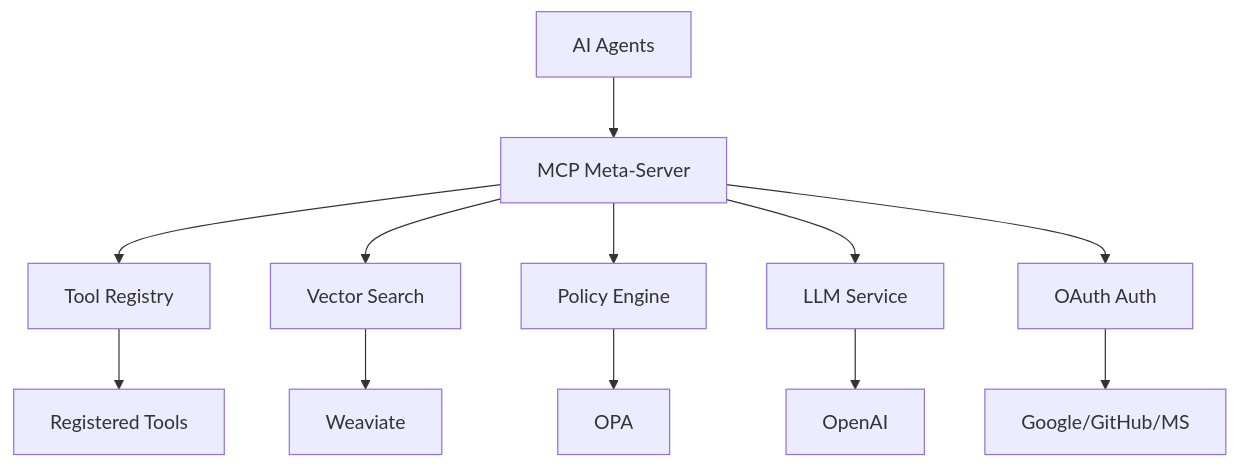
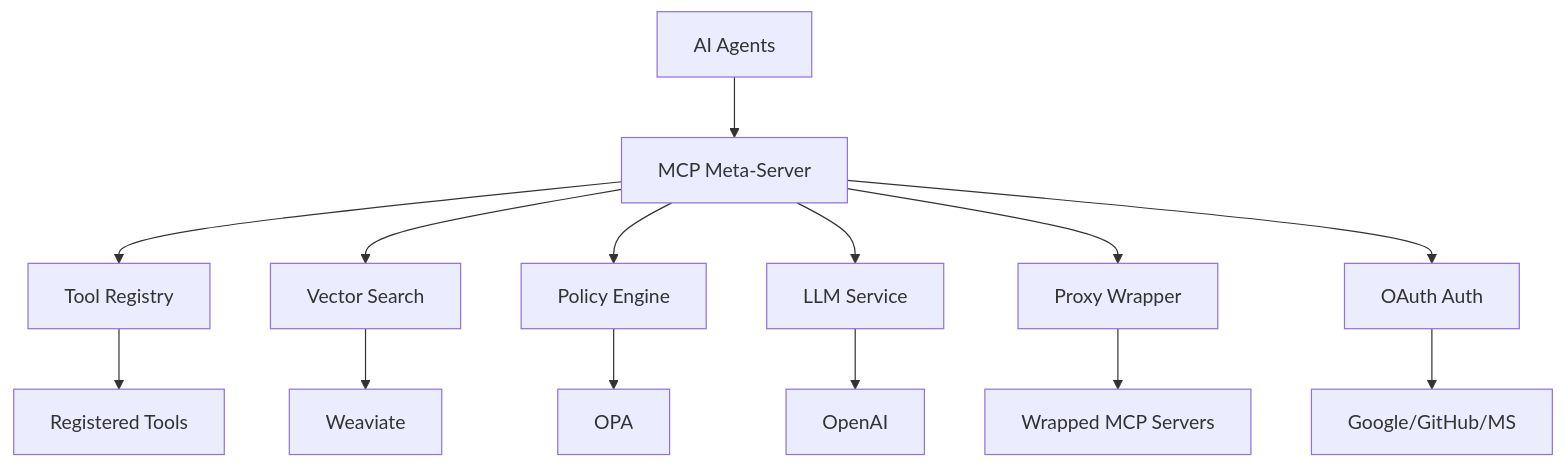
One commit to ConvoSphere/MetaMCP changed the diagram in docs/index.md. Above: the diagram before and after it, drawn with Mermaid. The commit also changed other lines of this file and 7 other files, not shown here.

First line of the commit message:
docs: extend and update documentation with comprehensive proxy wrapper coverage

````diff
--- a/docs/index.md
+++ b/docs/index.md
@@ -33,14 +34,16 @@
 ```mermaid
 graph TB
     A[AI Agents] --> B[MCP Meta-Server]
     B --> C[Tool Registry]
     B --> D[Vector Search]
     B --> E[Policy Engine]
     B --> F[LLM Service]
-    C --> G[Registered Tools]
-    D --> H[Weaviate]
-    E --> I[OPA]
-    F --> J[OpenAI]
-    B --> K[OAuth Auth]
-    K --> L[Google/GitHub/MS]
+    B --> G[Proxy Wrapper]
+    C --> H[Registered Tools]
+    D --> I[Weaviate]
+    E --> J[OPA]
+    F --> K[OpenAI]
+    G --> L[Wrapped MCP Servers]
+    B --> M[OAuth Auth]
+    M --> N[Google/GitHub/MS]
 ```
````
